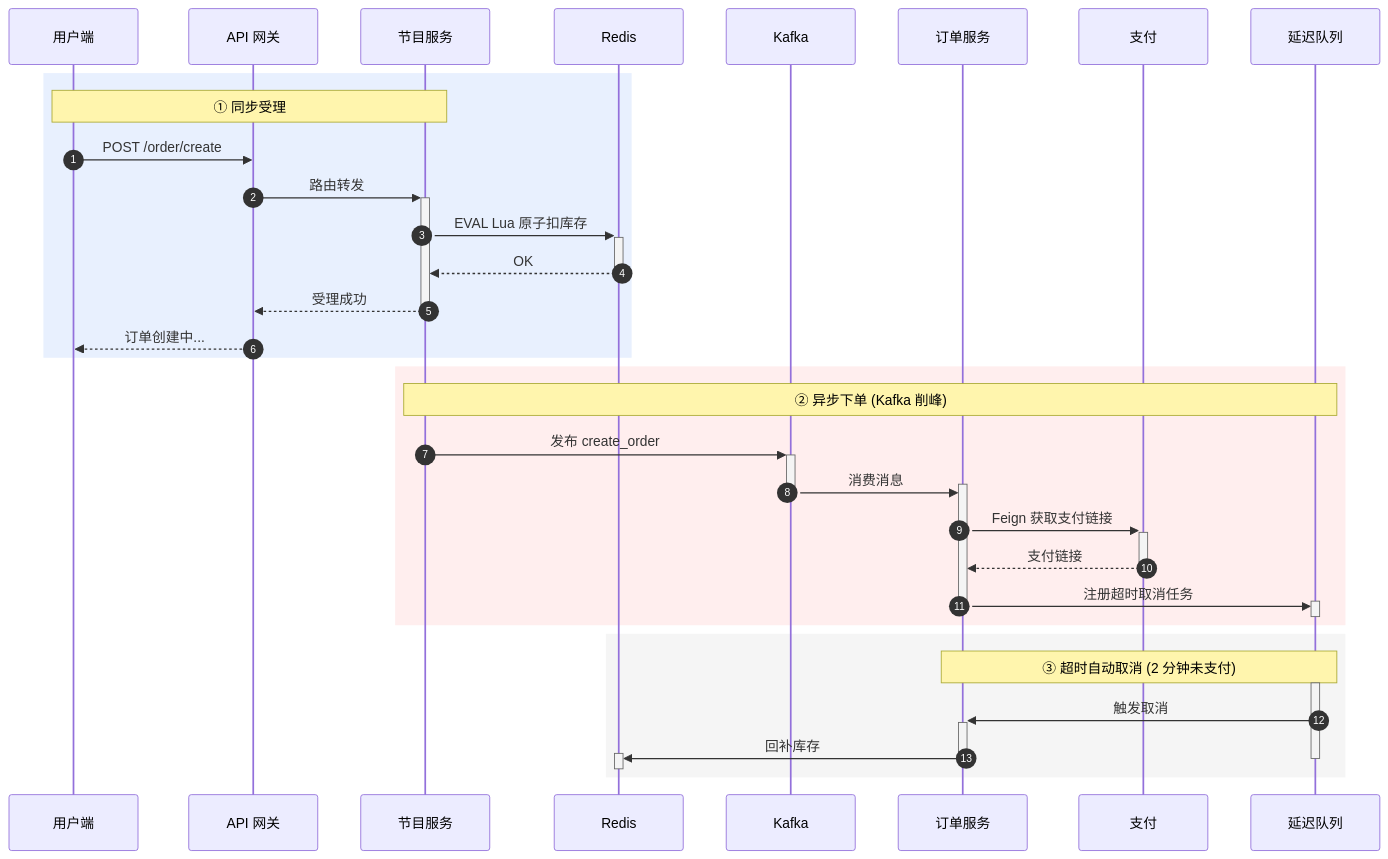
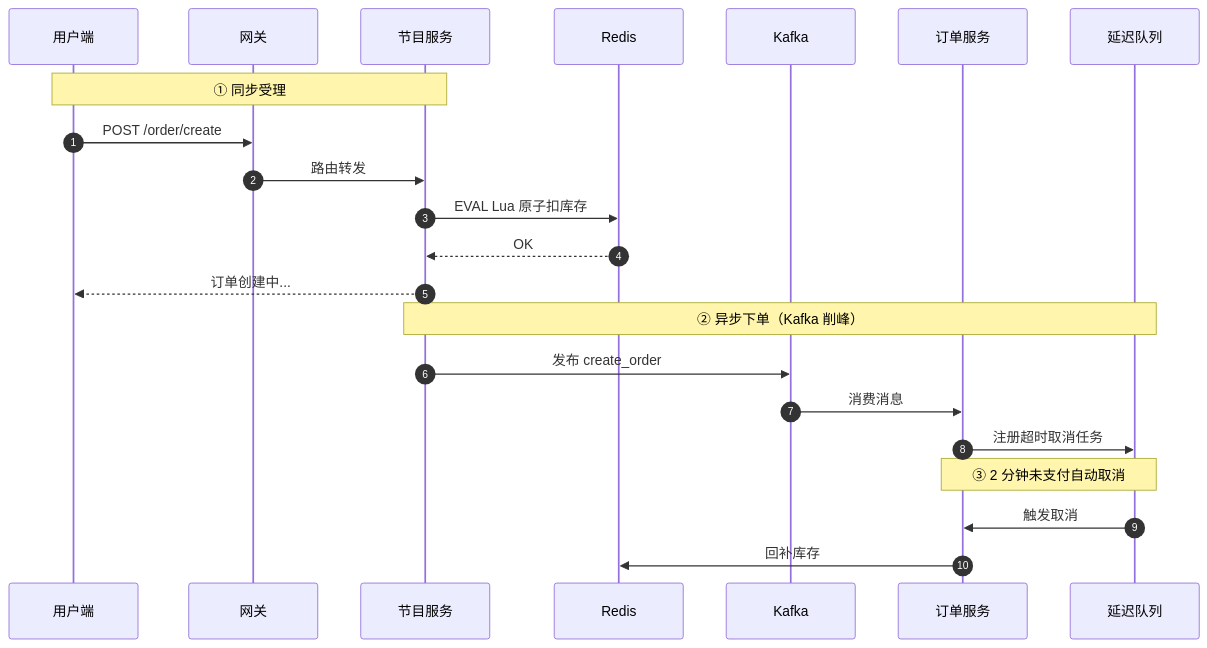
Before and after one commit to zhentaozhang/ticketflow: the first of 2 diagrams in README.md, drawn with Mermaid. The commit also changed other lines of this file, not shown here.

````diff
--- a/README.md
+++ b/README.md
@@ -83,45 +39,27 @@
 ```mermaid
 sequenceDiagram
     autonumber
+    participant C as 用户端
+    participant G as 网关
+    participant P as 节目服务
+    participant R as Redis
+    participant K as Kafka
+    participant O as 订单服务
+    participant D as 延迟队列
 
-    participant Client as 用户端
-    participant Gateway as API 网关
-    participant Program as 节目服务
-    participant Redis as Redis
-    participant Kafka as Kafka
-    participant Order as 订单服务
-    participant Pay as 支付
-    participant Delay as 延迟队列
+    Note over C,P: ① 同步受理
+    C->>G: POST /order/create
+    G->>P: 路由转发
+    P->>R: EVAL Lua 原子扣库存
+    R-->>P: OK
+    P-->>C: 订单创建中...
 
-    rect rgb(232, 240, 254)
-        Note over Client,Program: ① 同步受理
-        Client->>Gateway: POST /order/create
-        Gateway->>+Program: 路由转发
-        Program->>+Redis: EVAL Lua 原子扣库存
-        Redis-->>-Program: OK
-        Program-->>-Gateway: 受理成功
-        Gateway-->>Client: 订单创建中...
-    end
+    Note over P,D: ② 异步下单（Kafka 削峰）
+    P->>K: 发布 create_order
+    K->>O: 消费消息
+    O->>D: 注册超时取消任务
 
-    rect rgb(255, 238, 238)
-        Note over Program,Delay: ② 异步下单 (Kafka 削峰)
-        Program->>+Kafka: 发布 create_order
-        Kafka->>+Order: 消费消息
-        deactivate Kafka
-        Order->>+Pay: Feign 获取支付链接
-        Pay-->>-Order: 支付链接
-        Order->>+Delay: 注册超时取消任务
-        deactivate Order
-        deactivate Delay
-    end
-
-    rect rgb(245, 245, 245)
-        Note over Order,Delay: ③ 超时自动取消 (2 分钟未支付)
-        activate Delay
-        Delay->>+Order: 触发取消
-        Order->>+Redis: 回补库存
-        deactivate Order
-        deactivate Redis
-        deactivate Delay
-    end
+    Note over O,D: ③ 2 分钟未支付自动取消
+    D->>O: 触发取消
+    O->>R: 回补库存
 ```
````
